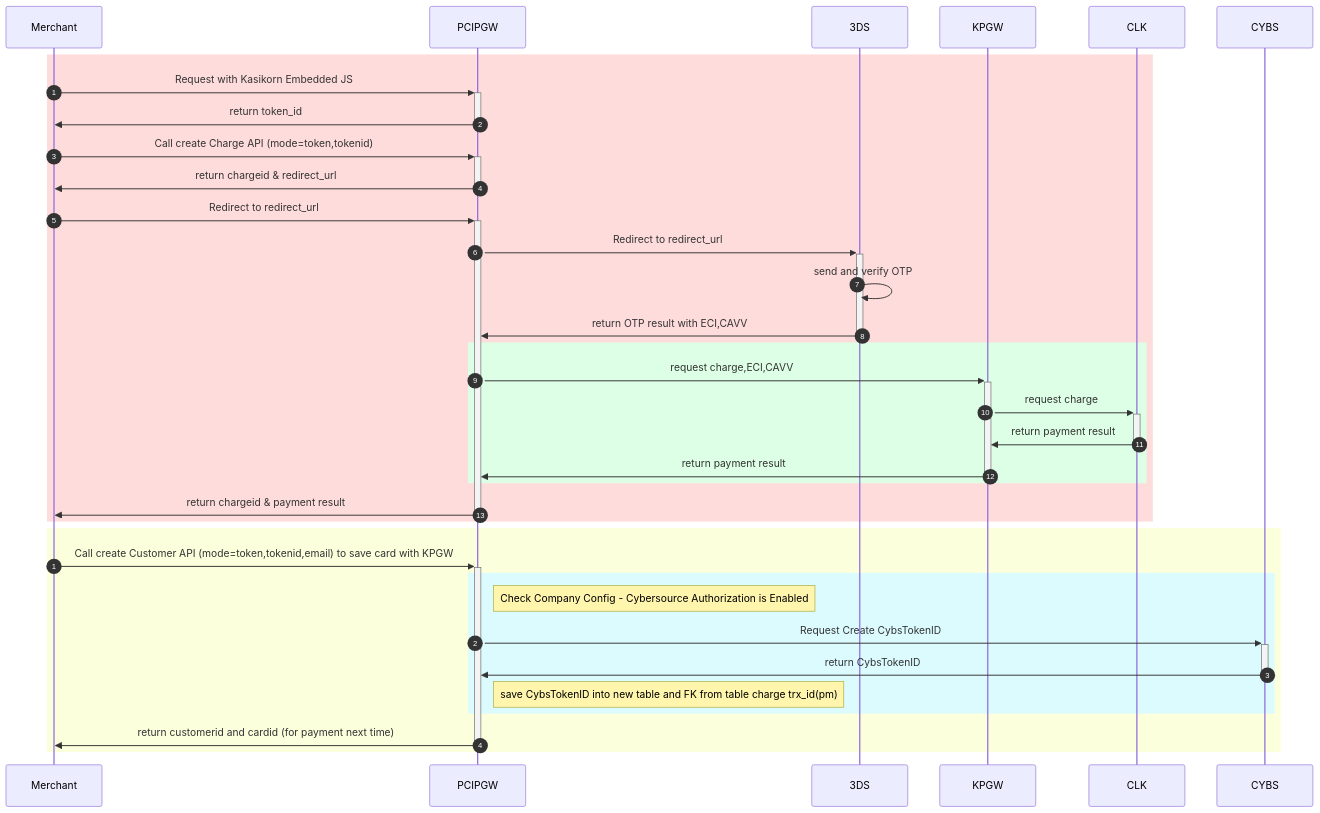
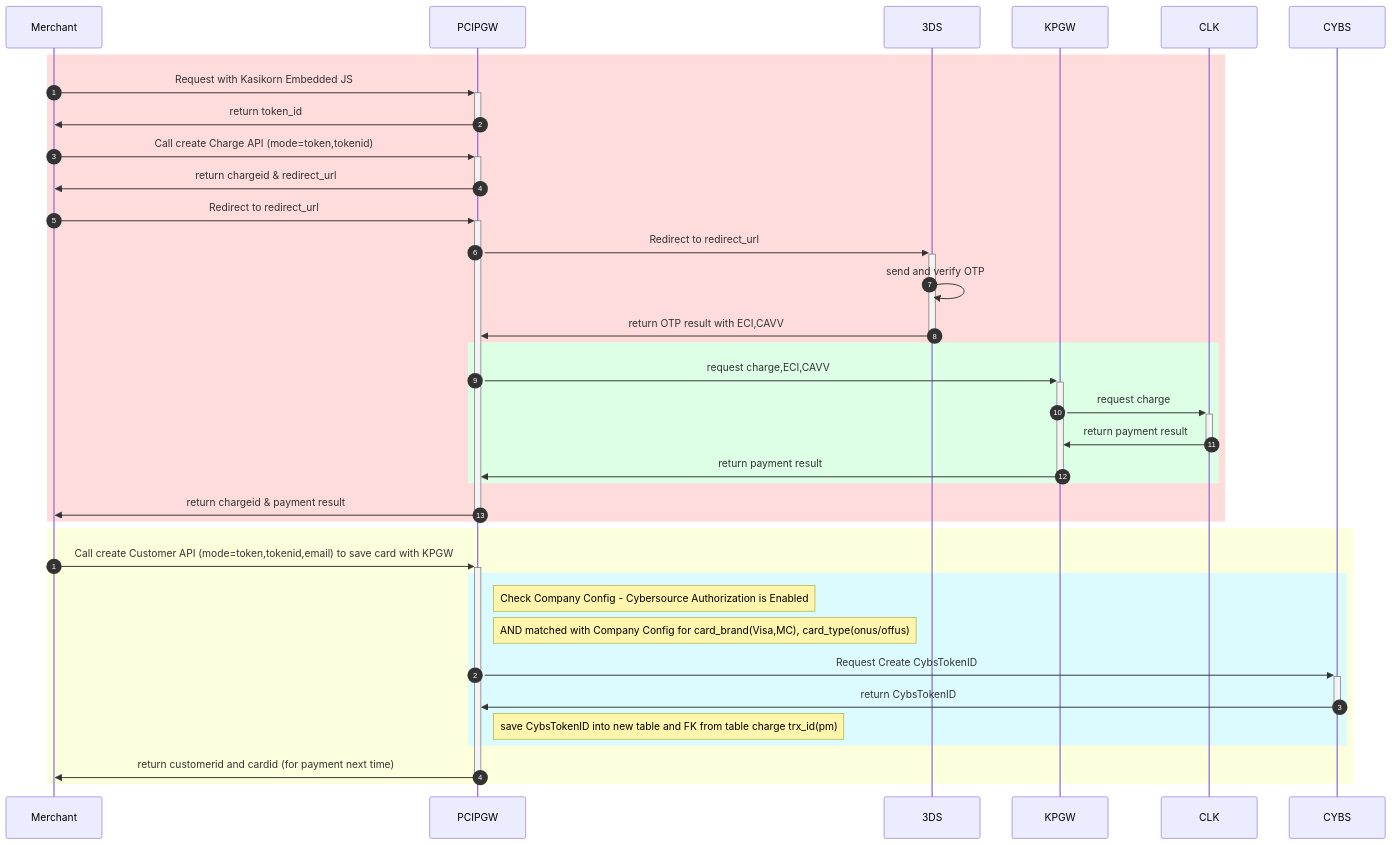
The second of 9 diagrams in Cybs-Ph2-Flow-new1.md (yuusuke25/MyNotes), drawn with Mermaid before and after one commit. The commit also changed other lines of this file, not shown here.

````diff
--- a/Cybs-Ph2-Flow-new1.md
+++ b/Cybs-Ph2-Flow-new1.md
@@ -37,37 +37,38 @@
 ```mermaid
     sequenceDiagram
         autonumber 1
         rect rgb(255, 220, 220)
             %% Customer->>Merchant:confirm to pay
             Merchant->>+PCIPGW:Request with Kasikorn Embedded JS
             PCIPGW->>-Merchant:return token_id
             Merchant->>+PCIPGW:Call create Charge API (mode=token,tokenid)
             PCIPGW->>-Merchant:return chargeid & redirect_url
 
             Merchant->>+PCIPGW:Redirect to redirect_url
             PCIPGW->>+3DS:Redirect to redirect_url
             3DS->>3DS:send and verify OTP
             3DS->>-PCIPGW:return OTP result with ECI,CAVV
 
             rect rgb(220, 255, 229)
                 PCIPGW->>+KPGW:request charge,ECI,CAVV
                 KPGW->>+CLK:request charge
                 CLK->>-KPGW:return payment result
                 KPGW->>-PCIPGW:return payment result
             end
             
             PCIPGW->>-Merchant:return chargeid & payment result
         end
         autonumber 1
         rect rgb(252, 255, 220)
             Merchant->>+PCIPGW:Call create Customer API (mode=token,tokenid,email) to save card with KPGW
               rect rgb(220, 251, 255)
                   Note right of PCIPGW: Check Company Config - Cybersource Authorization is Enabled
+                  Note right of PCIPGW: AND matched with Company Config for card_brand(Visa,MC), card_type(onus/offus)
                   PCIPGW->>+CYBS:Request Create CybsTokenID
                   CYBS->>-PCIPGW:return CybsTokenID
                   Note right of PCIPGW: save CybsTokenID into new table and FK from table charge trx_id(pm)
               end
             PCIPGW->>-Merchant:return customerid and cardid (for payment next time)
         end
 
 ```
````
